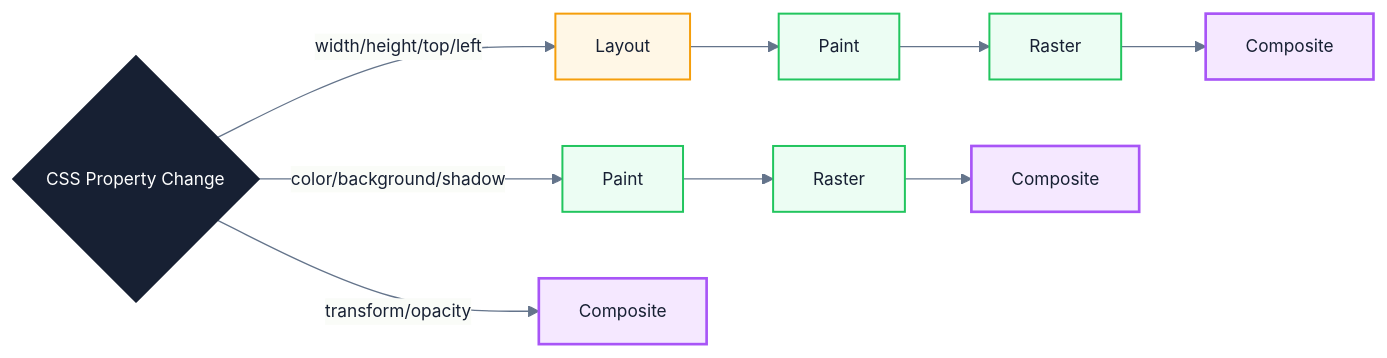
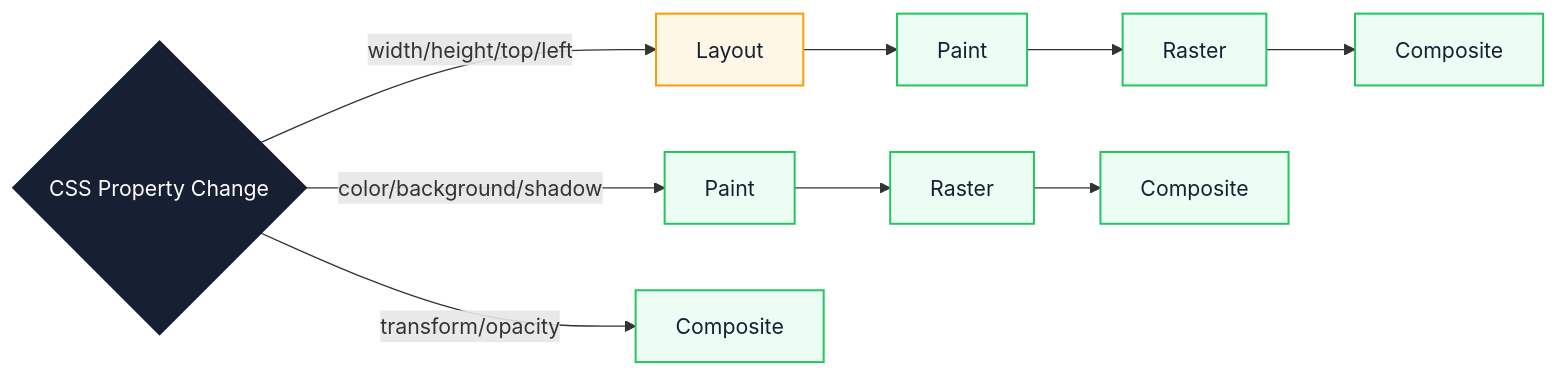
One commit to Fatejian/frontier-vault changed the second of 2 diagrams in docs/en/performance/rendering-pitfalls.md. Above: the diagram before and after it, drawn with Mermaid. The commit also changed other lines of this file and 41 other files, not shown here.

````diff
--- a/docs/en/performance/rendering-pitfalls.md
+++ b/docs/en/performance/rendering-pitfalls.md
@@ -123,27 +113,23 @@
 ```mermaid
-%%{init: {'theme': 'base', 'themeVariables': { 'fontFamily': 'Inter, PingFang SC, Microsoft YaHei, sans-serif', 'primaryColor': '#F8FAFC', 'fontSize': '13px', 'primaryTextColor': '#172033', 'primaryBorderColor': '#CBD5E1', 'lineColor': '#64748B'}}}%%
 flowchart LR
-    Change{CSS Property Change}
+    Change{"CSS Property Change"}
 
     Change -->|width/height/top/left| Layout[Layout]
     Change -->|color/background/shadow| Paint[Paint]
     Change -->|transform/opacity| Composite[Composite]
 
     Layout --> Paint2[Paint]
     Paint2 --> Raster[Raster]
     Raster --> Composite2[Composite]
 
     Paint --> Raster2[Raster]
     Raster2 --> Composite3[Composite]
 
-    classDef trigger fill:#172033,color:#fff,stroke:#172033,stroke-width:2px;
-    classDef layout fill:#FFF7E6,stroke:#F59E0B,color:#172033,stroke-width:1.5px;
-    classDef paint fill:#ECFDF3,stroke:#22C55E,color:#172033,stroke-width:1.5px;
-    classDef composite fill:#F5E8FF,stroke:#A855F7,color:#172033,stroke-width:2px;
+    classDef core fill:#172033,color:#fff,stroke:#172033,stroke-width:2px;
+    classDef block fill:#FFF7E6,stroke:#F59E0B,color:#172033,stroke-width:1.5px;
+    classDef work fill:#ECFDF3,stroke:#22C55E,color:#172033,stroke-width:1.5px;
 
-    class Change trigger;
-    class Layout layout;
-    class Paint,Paint2 paint;
-    class Raster,Raster2 paint;
-    class Composite,Composite2,Composite3 composite;
+    class Change core;
+    class Layout block;
+    class Paint,Paint2,Raster,Raster2,Composite,Composite2,Composite3 work;
 ```
````
